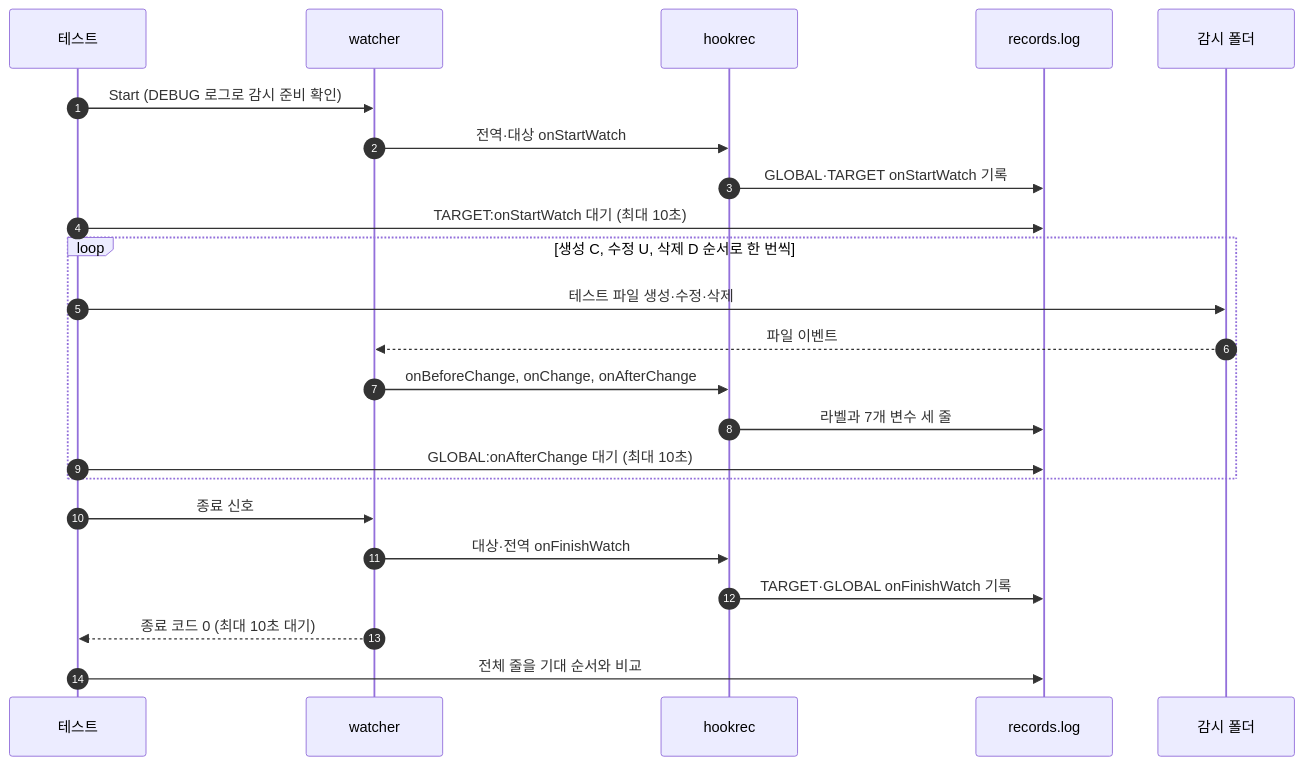
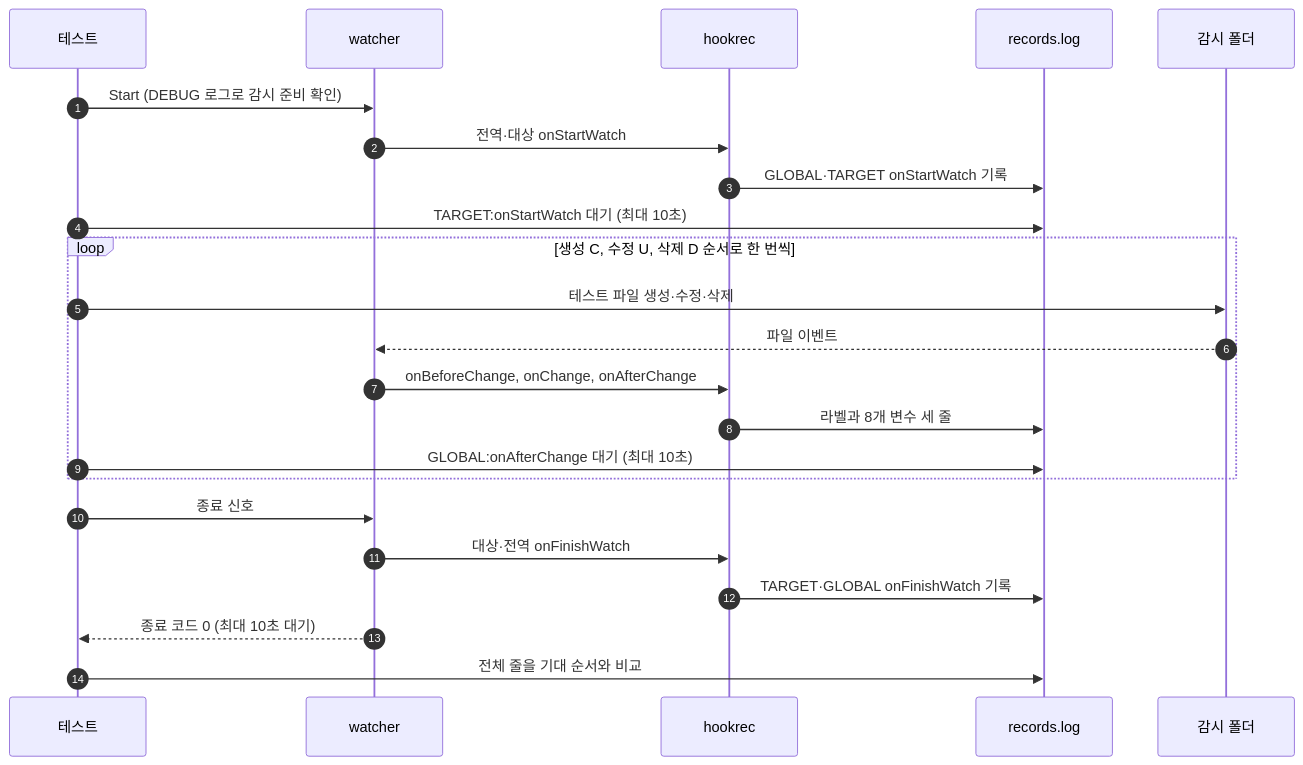
One commit to seungyeop-lee/directory-watcher changed the diagram in e2e/docs/scenarios/golden-path.ko.md. Above: the diagram before and after it, drawn with Mermaid. The commit also changed other lines of this file and 50 other files, not shown here.

````diff
--- a/e2e/docs/scenarios/golden-path.ko.md
+++ b/e2e/docs/scenarios/golden-path.ko.md
@@ -36,25 +36,25 @@
 ```mermaid
 sequenceDiagram
     autonumber
     participant testCode as 테스트
     participant watcherProc as watcher
     participant hookRec as hookrec
     participant recordFile as records.log
     participant watchDir as 감시 폴더
     testCode->>watcherProc: Start (DEBUG 로그로 감시 준비 확인)
     watcherProc->>hookRec: 전역·대상 onStartWatch
     hookRec->>recordFile: GLOBAL·TARGET onStartWatch 기록
     testCode->>recordFile: TARGET:onStartWatch 대기 (최대 10초)
     loop 생성 C, 수정 U, 삭제 D 순서로 한 번씩
         testCode->>watchDir: 테스트 파일 생성·수정·삭제
         watchDir-->>watcherProc: 파일 이벤트
         watcherProc->>hookRec: onBeforeChange, onChange, onAfterChange
-        hookRec->>recordFile: 라벨과 7개 변수 세 줄
+        hookRec->>recordFile: 라벨과 8개 변수 세 줄
         testCode->>recordFile: GLOBAL:onAfterChange 대기 (최대 10초)
     end
     testCode->>watcherProc: 종료 신호
     watcherProc->>hookRec: 대상·전역 onFinishWatch
     hookRec->>recordFile: TARGET·GLOBAL onFinishWatch 기록
     watcherProc-->>testCode: 종료 코드 0 (최대 10초 대기)
     testCode->>recordFile: 전체 줄을 기대 순서와 비교
 ```
````
